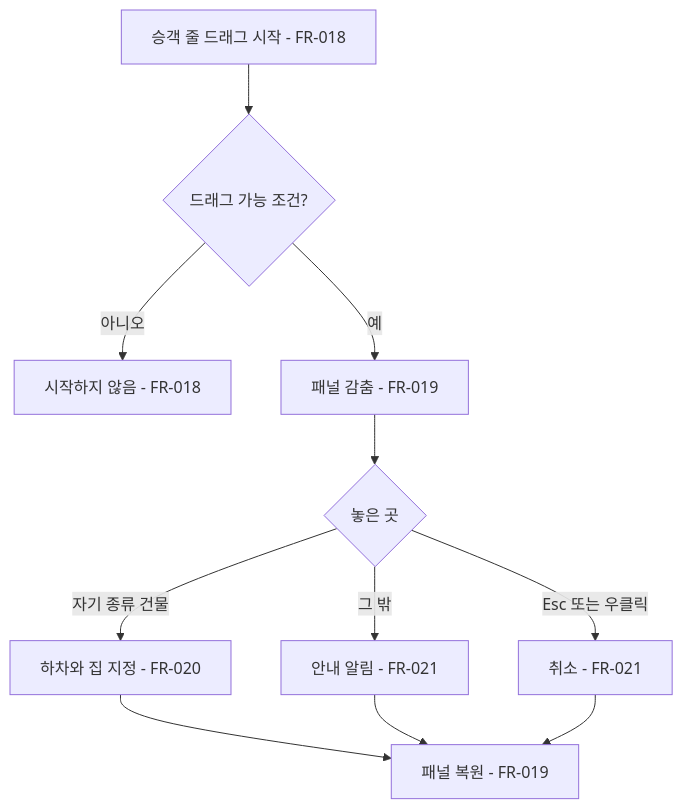
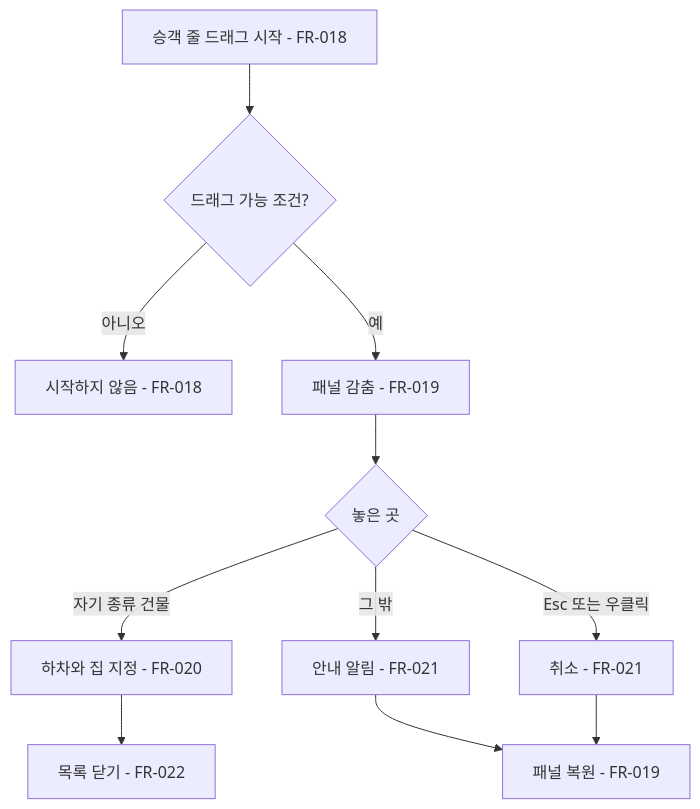
The second of 2 diagrams in docs/specs/005-npc-drag-placement.md (npced16/POC_06), drawn with Mermaid before and after one commit. The commit also changed other lines of this file and 8 other files, not shown here.

````diff
--- a/docs/specs/005-npc-drag-placement.md
+++ b/docs/specs/005-npc-drag-placement.md
@@ -105,13 +105,13 @@
 ```mermaid
 flowchart TD
     A[승객 줄 드래그 시작 - FR-018] --> B{드래그 가능 조건?}
     B -- 아니오 --> C[시작하지 않음 - FR-018]
     B -- 예 --> D[패널 감춤 - FR-019]
     D --> E{놓은 곳}
     E -- 자기 종류 건물 --> F[하차와 집 지정 - FR-020]
     E -- 그 밖 --> G[안내 알림 - FR-021]
     E -- Esc 또는 우클릭 --> H[취소 - FR-021]
-    F --> I[패널 복원 - FR-019]
-    G --> I
+    F --> J[목록 닫기 - FR-022]
+    G --> I[패널 복원 - FR-019]
     H --> I
 ```
````
